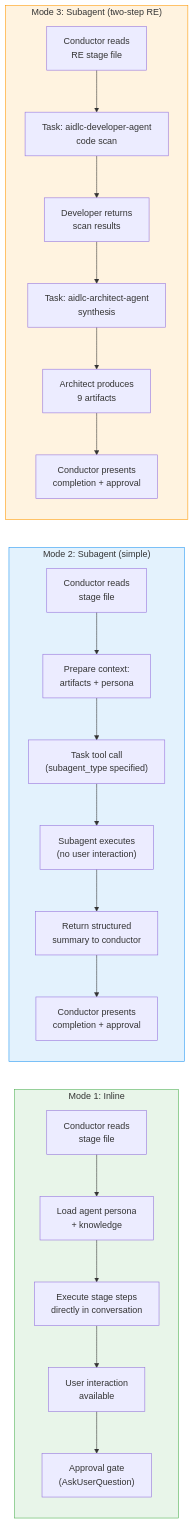
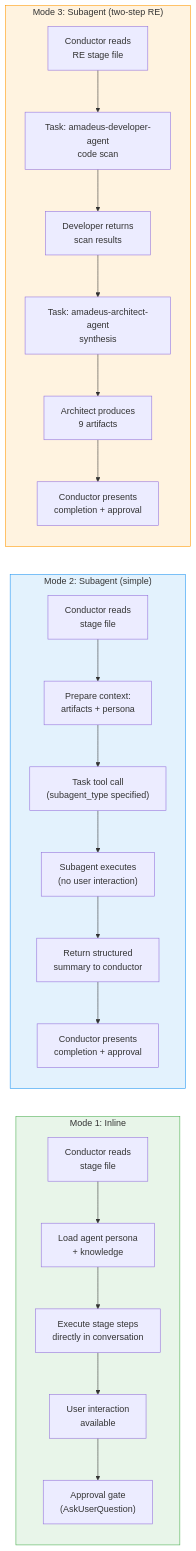
The second of 4 diagrams in docs/reference/01-architecture.md (amadeus-dlc/amadeus), drawn with Mermaid before and after one commit. The commit also changed other lines of this file and 855 other files, not shown here.

Commit message:
refactor: rename aidlc prefixes to amadeus

````diff
--- a/docs/reference/01-architecture.md
+++ b/docs/reference/01-architecture.md
@@ -169,38 +169,38 @@
 ```mermaid
 flowchart LR
     subgraph INLINE["Mode 1: Inline"]
         direction TB
         IN1["Conductor reads\nstage file"]
         IN2["Load agent persona\n+ knowledge"]
         IN3["Execute stage steps\ndirectly in conversation"]
         IN4["User interaction\navailable"]
         IN5["Approval gate\n(AskUserQuestion)"]
         IN1 --> IN2 --> IN3 --> IN4 --> IN5
     end
 
     subgraph SUBAGENT["Mode 2: Subagent (simple)"]
         direction TB
         SA1["Conductor reads\nstage file"]
         SA2["Prepare context:\nartifacts + persona"]
         SA3["Task tool call\n(subagent_type specified)"]
         SA4["Subagent executes\n(no user interaction)"]
         SA5["Return structured\nsummary to conductor"]
         SA6["Conductor presents\ncompletion + approval"]
         SA1 --> SA2 --> SA3 --> SA4 --> SA5 --> SA6
     end
 
     subgraph TWOSTEP["Mode 3: Subagent (two-step RE)"]
         direction TB
         TS1["Conductor reads\nRE stage file"]
-        TS2["Task: aidlc-developer-agent\ncode scan"]
+        TS2["Task: amadeus-developer-agent\ncode scan"]
         TS3["Developer returns\nscan results"]
-        TS4["Task: aidlc-architect-agent\nsynthesis"]
+        TS4["Task: amadeus-architect-agent\nsynthesis"]
         TS5["Architect produces\n9 artifacts"]
         TS6["Conductor presents\ncompletion + approval"]
         TS1 --> TS2 --> TS3 --> TS4 --> TS5 --> TS6
     end
 
     style INLINE fill:#e8f5e9,stroke:#4caf50
     style SUBAGENT fill:#e3f2fd,stroke:#2196f3
     style TWOSTEP fill:#fff3e0,stroke:#ff9800
 ```
````
